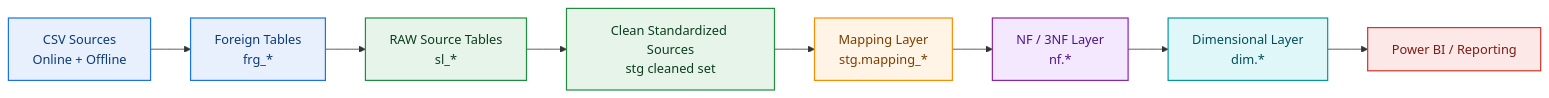
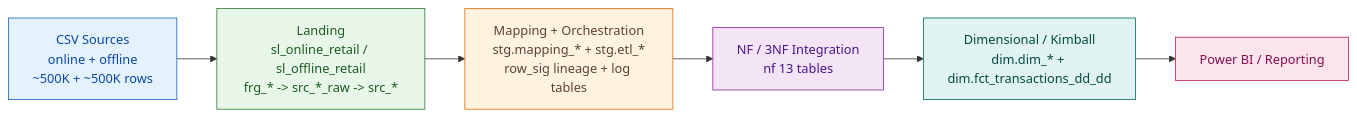
The first of 12 diagrams in architectural-design-pngs.md (sumikara/retail-datawarehouse-e2e), drawn with Mermaid before and after one commit. The commit also changed other lines of this file, not shown here.

Commit message:
docs: fix mermaid syntax for github renderer

````diff
--- a/architectural-design-pngs.md
+++ b/architectural-design-pngs.md
@@ -14,16 +26,18 @@
 ```mermaid
 flowchart LR
-    classDef src fill:#E8F0FE,stroke:#1A73E8,stroke-width:1.5,color:#0B3A75;
-    classDef stg fill:#E6F4EA,stroke:#1E8E3E,stroke-width:1.5,color:#0B3D1F;
-    classDef map fill:#FFF4E5,stroke:#FB8C00,stroke-width:1.5,color:#7A3E00;
-    classDef nf fill:#F3E8FD,stroke:#8E24AA,stroke-width:1.5,color:#4A148C;
-    classDef dim fill:#E0F7FA,stroke:#0097A7,stroke-width:1.5,color:#004D57;
-    classDef bi fill:#FCE8E6,stroke:#D93025,stroke-width:1.5,color:#7A1C16;
-    A[CSV Sources\nOnline + Offline]:::src --> B[Foreign Tables\nfrg_*]:::src
-    B --> C[RAW Source Tables\nsl_*]:::stg
-    C --> D[Clean Standardized Sources\nstg cleaned set]:::stg
-    D --> E[Mapping Layer\nstg.mapping_*]:::map
-    E --> F[NF / 3NF Layer\nnf.*]:::nf
-    F --> G[Dimensional Layer\ndim.*]:::dim
-    G --> H[Power BI / Reporting]:::bi
+    classDef src fill:#E3F2FD,stroke:#1565C0,color:#0D47A1;
+    classDef lnd fill:#E8F5E9,stroke:#2E7D32,color:#1B5E20;
+    classDef map fill:#FFF3E0,stroke:#EF6C00,color:#5D4037;
+    classDef nf fill:#F3E5F5,stroke:#8E24AA,color:#4A148C;
+    classDef dim fill:#E0F2F1,stroke:#00695C,color:#004D40;
+    classDef bi fill:#FCE4EC,stroke:#C2185B,color:#880E4F;
+
+    S[CSV Sources\nonline + offline\n~500K + ~500K rows]:::src
+    L[Landing\nsl_online_retail / sl_offline_retail\nfrg_* -> src_*_raw -> src_*]:::lnd
+    M[Mapping + Orchestration\nstg.mapping_* + stg.etl_*\nrow_sig lineage + log tables]:::map
+    N[NF / 3NF Integration\nnf 13 tables]:::nf
+    D[Dimensional / Kimball\ndim.dim_* + dim.fct_transactions_dd_dd]:::dim
+    B[Power BI / Reporting]:::bi
+
+    S --> L --> M --> N --> D --> B
 ```
````
